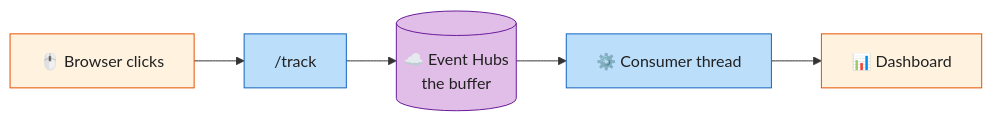
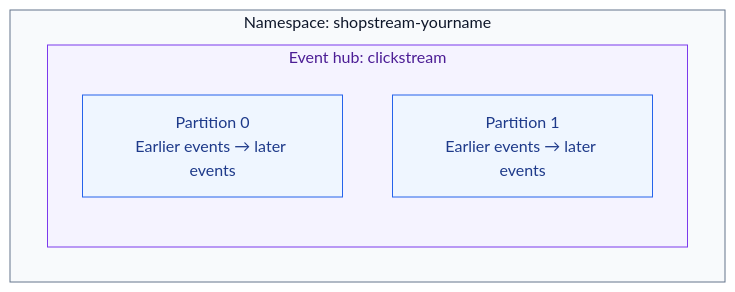
One commit to ramymohamed10/26F_CST8916_Week10-Event-Hubs-Lab changed the second of 3 diagrams in README.md. Above: the diagram before and after it, drawn with Mermaid. The commit also changed other lines of this file and 1 other file, not shown here.

Commit message:
Refactor app.py for improved clarity and structure; enhance event validation and error handling, and streamline consumer thread management.

````diff
--- a/README.md
+++ b/README.md
@@ -114,16 +166,14 @@
 ```mermaid
-flowchart LR
-    A["🖱️ Browser clicks"]
-    B["/track"]
-    C[("☁️ Event Hubs\nthe buffer")]
-    D["⚙️ Consumer thread"]
-    E["📊 Dashboard"]
+flowchart TB
+    subgraph Namespace["Namespace: shopstream-yourname"]
+        subgraph Hub["Event hub: clickstream"]
+            P0["Partition 0<br/>Earlier events → later events"]
+            P1["Partition 1<br/>Earlier events → later events"]
+        end
+    end
 
-    A --> B --> C --> D --> E
-
-    style A fill:#FFF3E0,stroke:#E65100,color:#212121
-    style B fill:#BBDEFB,stroke:#1565C0,color:#212121
-    style C fill:#E1BEE7,stroke:#6A1B9A,color:#212121
-    style D fill:#BBDEFB,stroke:#1565C0,color:#212121
-    style E fill:#FFF3E0,stroke:#E65100,color:#212121
+    classDef partition fill:#eff6ff,stroke:#2563eb,color:#1e3a8a
+    class P0,P1 partition
+    style Hub fill:#f5f3ff,stroke:#7c3aed,color:#4c1d95
+    style Namespace fill:#f8fafc,stroke:#64748b,color:#0f172a
 ```
````
